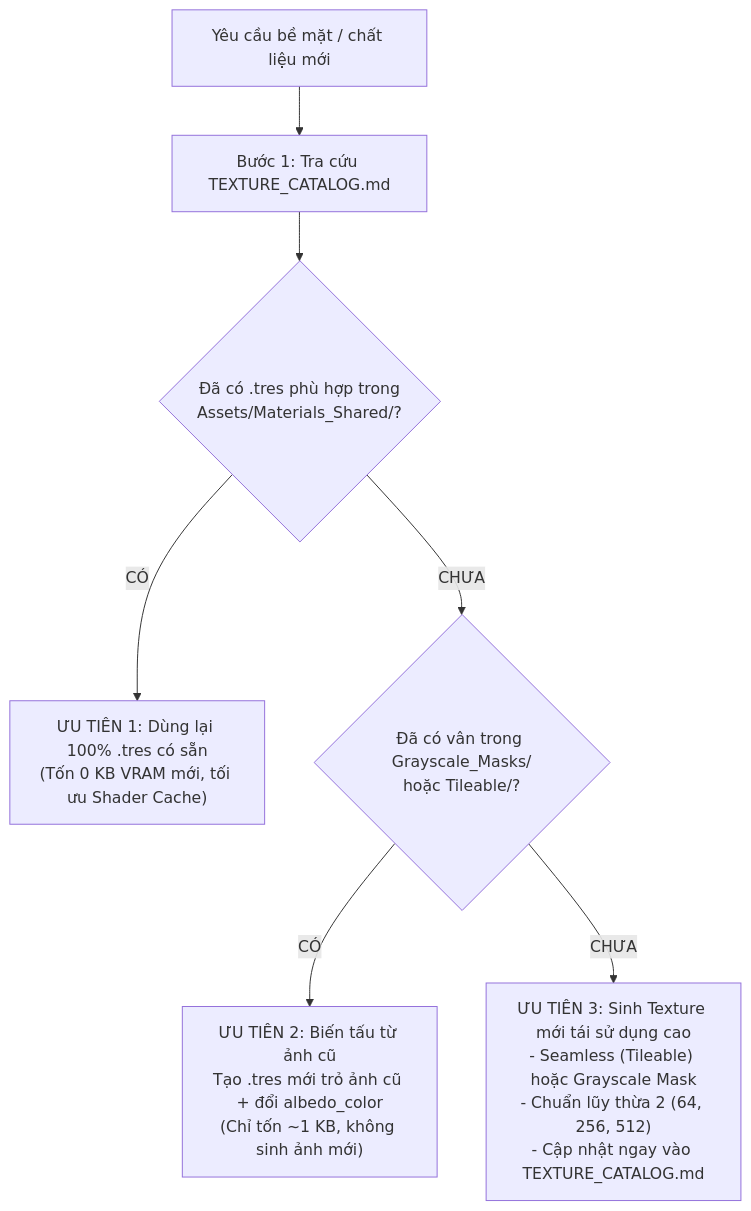
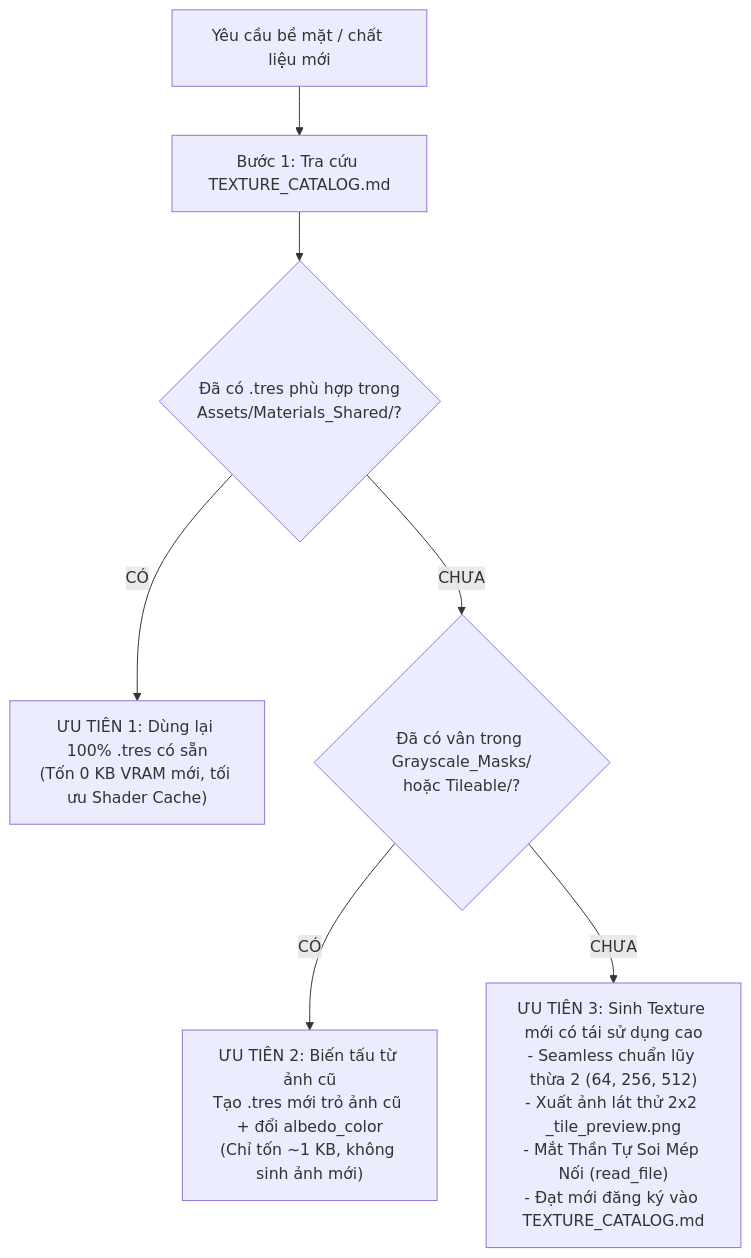
One commit to namsoaica/gamexnhau changed the diagram in .agents/skills/texture-architect/SKILL.md. Above: the diagram before and after it, drawn with Mermaid. The commit also changed other lines of this file and 18 other files, not shown here.

````diff
--- a/.agents/skills/texture-architect/SKILL.md
+++ b/.agents/skills/texture-architect/SKILL.md
@@ -21,9 +29,9 @@
 ```mermaid
 flowchart TD
     Start["Yêu cầu bề mặt / chất liệu mới"] --> Step1["Bước 1: Tra cứu TEXTURE_CATALOG.md"]
     Step1 --> Check1{"Đã có .tres phù hợp trong<br>Assets/Materials_Shared/?"}
     Check1 -- "CÓ" --> Reuse["ƯU TIÊN 1: Dùng lại 100% .tres có sẵn<br>(Tốn 0 KB VRAM mới, tối ưu Shader Cache)"]
     Check1 -- "CHƯA" --> Check2{"Đã có vân trong Grayscale_Masks/<br>hoặc Tileable/?"}
     Check2 -- "CÓ" --> MaskVariant["ƯU TIÊN 2: Biến tấu từ ảnh cũ<br>Tạo .tres mới trỏ ảnh cũ + đổi albedo_color<br>(Chỉ tốn ~1 KB, không sinh ảnh mới)"]
-    Check2 -- "CHƯA" --> CreateNew["ƯU TIÊN 3: Sinh Texture mới tái sử dụng cao<br>- Seamless (Tileable) hoặc Grayscale Mask<br>- Chuẩn lũy thừa 2 (64, 256, 512)<br>- Cập nhật ngay vào TEXTURE_CATALOG.md"]
+    Check2 -- "CHƯA" --> CreateNew["ƯU TIÊN 3: Sinh Texture mới có tái sử dụng cao<br>- Seamless chuẩn lũy thừa 2 (64, 256, 512)<br>- Xuất ảnh lát thử 2x2 _tile_preview.png<br>- Mắt Thần Tự Soi Mép Nối (read_file)<br>- Đạt mới đăng ký vào TEXTURE_CATALOG.md"]
 ```
````
